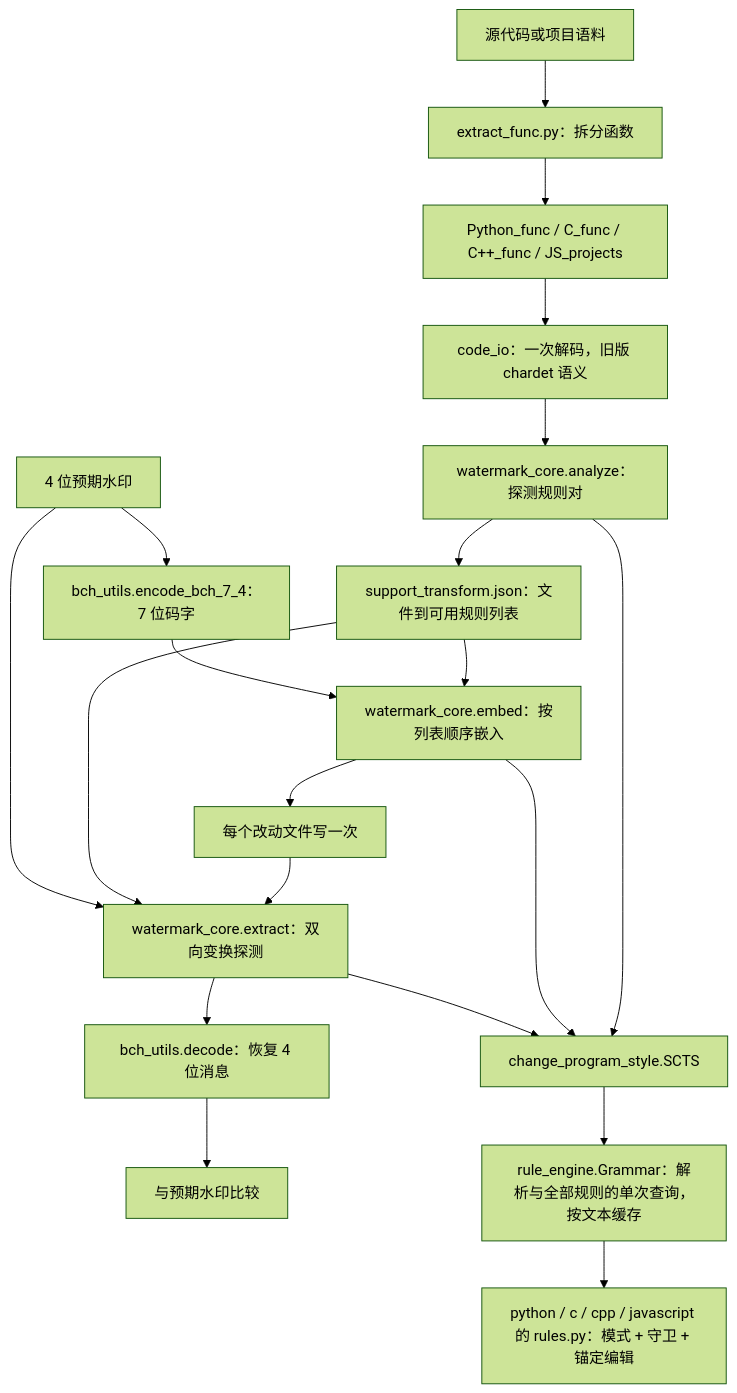
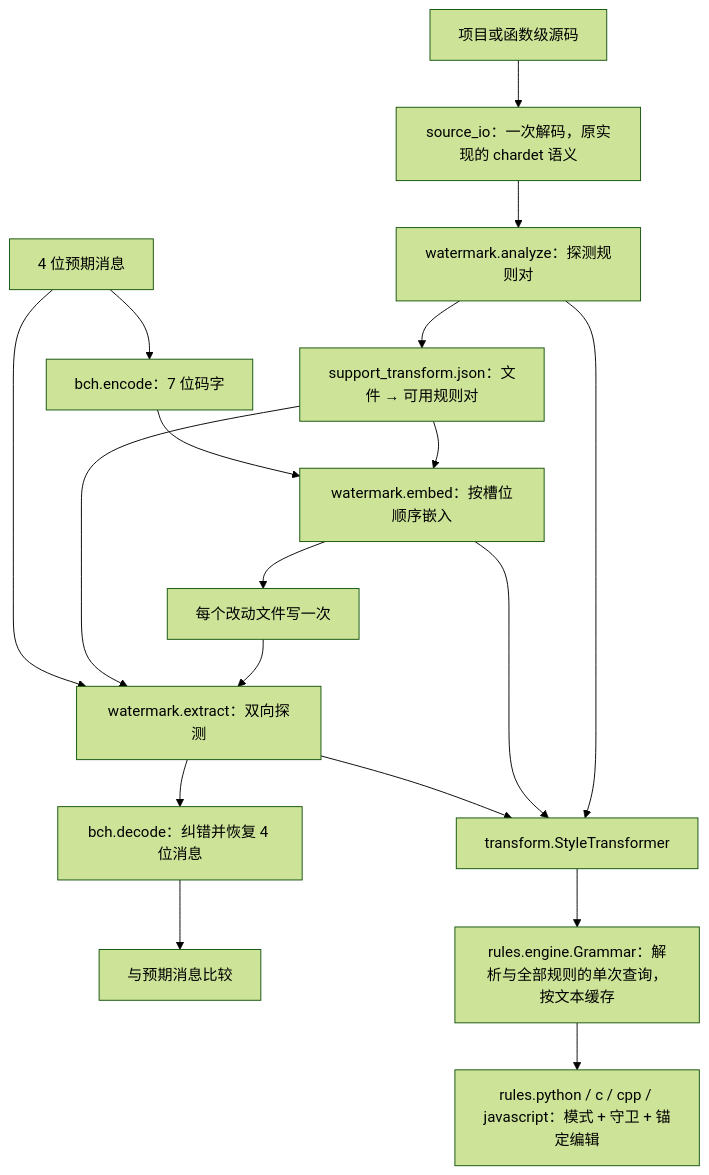
Before and after one commit to Noelle1831-k/CLLMark-legacy: the diagram in docs/CODE_MAP.md, drawn with Mermaid (forest theme). The commit also changed other lines of this file and 81 other files, not shown here.

````diff
--- a/docs/CODE_MAP.md
+++ b/docs/CODE_MAP.md
@@ -9,22 +7,20 @@
 ```mermaid
 flowchart TD
-    Input[源代码或项目语料] --> Extract[extract_func.py：拆分函数]
-    Extract --> Corpus[Python_func / C_func / C++_func / JS_projects]
-    Corpus --> IO[code_io：一次解码，旧版 chardet 语义]
-    IO --> Analyze[watermark_core.analyze：探测规则对]
-    Analyze --> Support[support_transform.json：文件到可用规则列表]
-    Support --> Embed[watermark_core.embed：按列表顺序嵌入]
-    Bits[4 位预期水印] --> BCHEnc[bch_utils.encode_bch_7_4：7 位码字]
-    BCHEnc --> Embed
+    Corpus[项目或函数级源码] --> IO[source_io：一次解码，原实现的 chardet 语义]
+    IO --> Analyze[watermark.analyze：探测规则对]
+    Analyze --> Support[support_transform.json：文件 → 可用规则对]
+    Support --> Embed[watermark.embed：按槽位顺序嵌入]
+    Bits[4 位预期消息] --> Encode[bch.encode：7 位码字]
+    Encode --> Embed
     Embed --> Marked[每个改动文件写一次]
-    Marked --> Detect[watermark_core.extract：双向变换探测]
+    Marked --> Detect[watermark.extract：双向探测]
     Support --> Detect
     Bits --> Detect
-    Detect --> BCHDec[bch_utils.decode：恢复 4 位消息]
-    BCHDec --> Compare[与预期水印比较]
-    Analyze --> SCTS[change_program_style.SCTS]
-    Embed --> SCTS
-    Detect --> SCTS
-    SCTS --> Grammar[rule_engine.Grammar：解析与全部规则的单次查询，按文本缓存]
-    Grammar --> Rules[python / c / cpp / javascript 的 rules.py：模式 + 守卫 + 锚定编辑]
+    Detect --> Decode[bch.decode：纠错并恢复 4 位消息]
+    Decode --> Compare[与预期消息比较]
+    Analyze --> Transformer[transform.StyleTransformer]
+    Embed --> Transformer
+    Detect --> Transformer
+    Transformer --> Grammar[rules.engine.Grammar：解析与全部规则的单次查询，按文本缓存]
+    Grammar --> Rules[rules.python / c / cpp / javascript：模式 + 守卫 + 锚定编辑]
 ```
````
